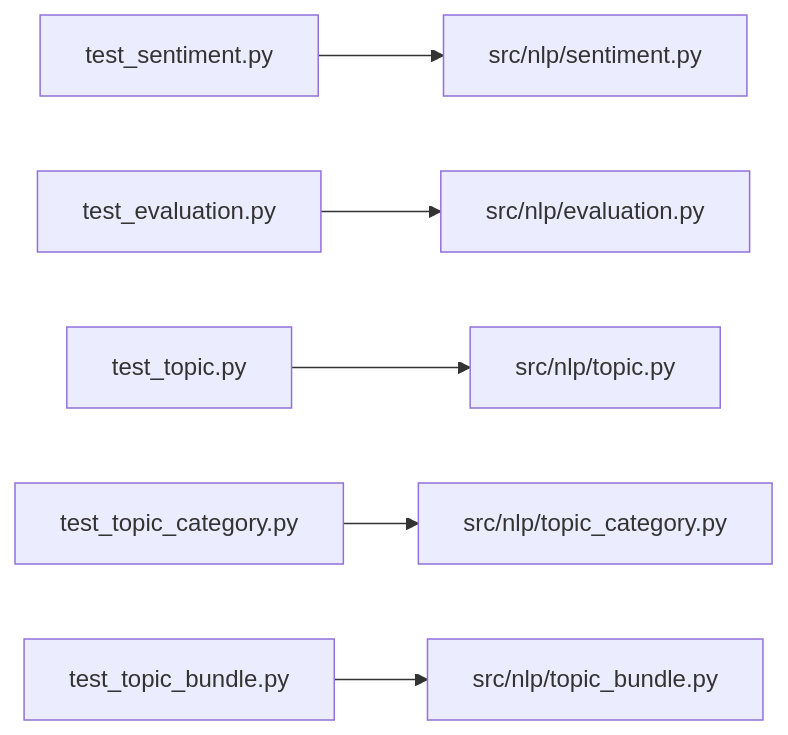
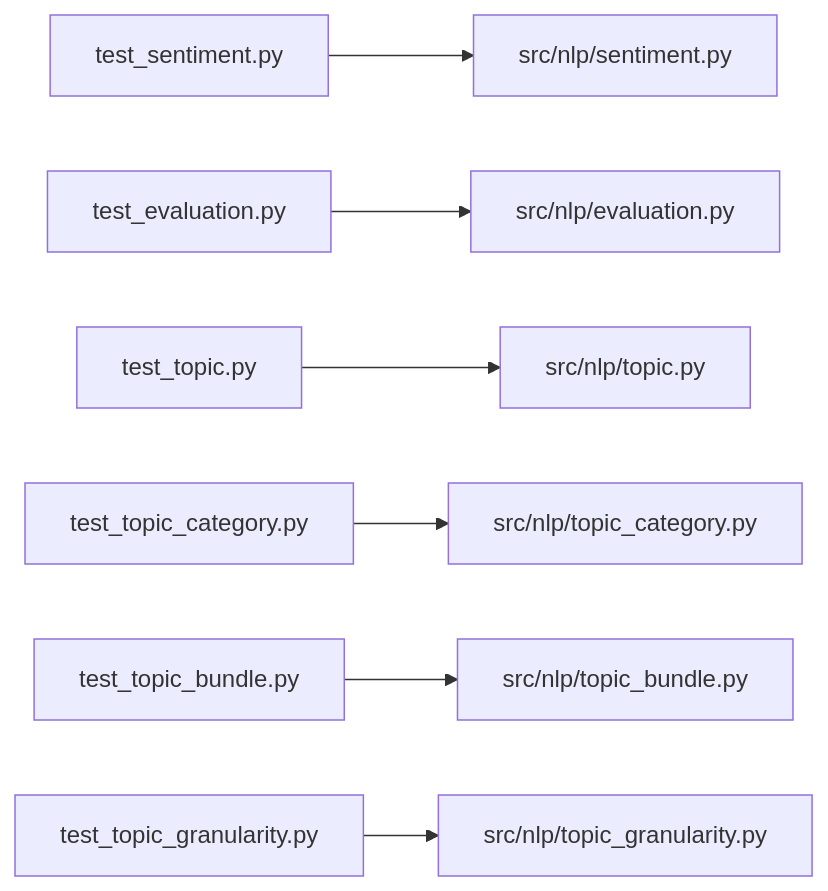
One commit to rindguitar/game-demand-forecast changed the second of 2 diagrams in tests/README.md. Above: the diagram before and after it, drawn with Mermaid. The commit also changed other lines of this file and 11 other files, not shown here.

````diff
--- a/tests/README.md
+++ b/tests/README.md
@@ -33,8 +33,9 @@
 ```mermaid
 flowchart LR
     T4["test_sentiment.py"] --> M3["src/nlp/sentiment.py"]
     T5["test_evaluation.py"] --> M4["src/nlp/evaluation.py"]
     T6["test_topic.py"] --> M5["src/nlp/topic.py"]
     T7["test_topic_category.py"] --> M6["src/nlp/topic_category.py"]
     T8["test_topic_bundle.py"] --> M7["src/nlp/topic_bundle.py"]
+    T9["test_topic_granularity.py"] --> M8["src/nlp/topic_granularity.py"]
 ```
````
